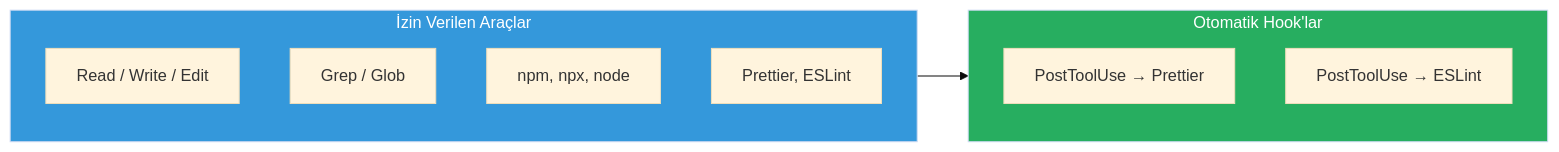
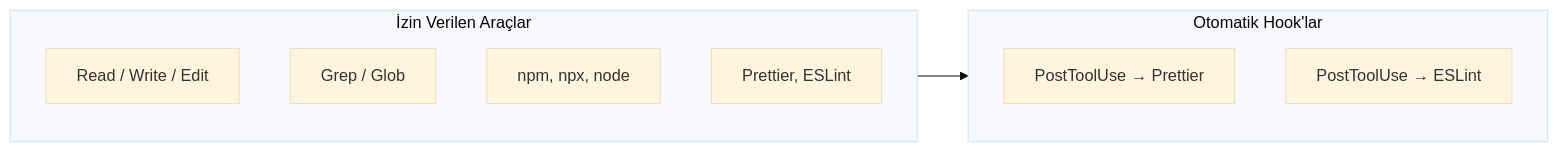
Before and after one commit to IzzetYasinAtes/ClaudeCodeHandbook: the second of 3 diagrams in 17-konfigurasyon/02-settings-json-referansi.md, drawn with Mermaid (base theme). The commit also changed other lines of this file and 97 other files, not shown here.

Commit message:
Remove all custom Mermaid style/fill colors from 98 markdown files for consistent dark theme rendering

````diff
--- a/17-konfigurasyon/02-settings-json-referansi.md
+++ b/17-konfigurasyon/02-settings-json-referansi.md
@@ -227,19 +221,17 @@
 ```mermaid
 flowchart LR
     subgraph tools ["İzin Verilen Araçlar"]
         R["Read / Write / Edit"]
         G["Grep / Glob"]
         B["npm, npx, node"]
         T["Prettier, ESLint"]
     end
 
     subgraph hooks_diagram ["Otomatik Hook'lar"]
         H1["PostToolUse → Prettier"]
         H2["PostToolUse → ESLint"]
     end
 
     tools --> hooks_diagram
 
-    style tools fill:#3498DB,color:#fff
-    style hooks_diagram fill:#27AE60,color:#fff
 ```
````
